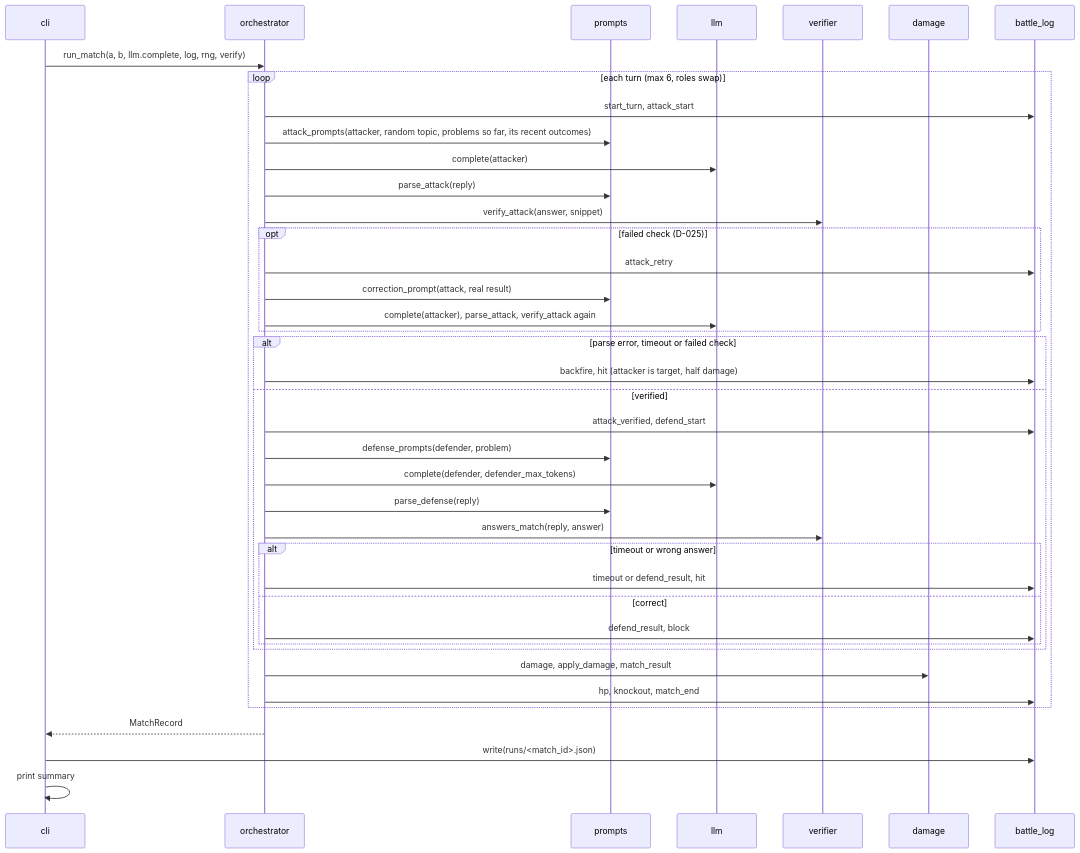
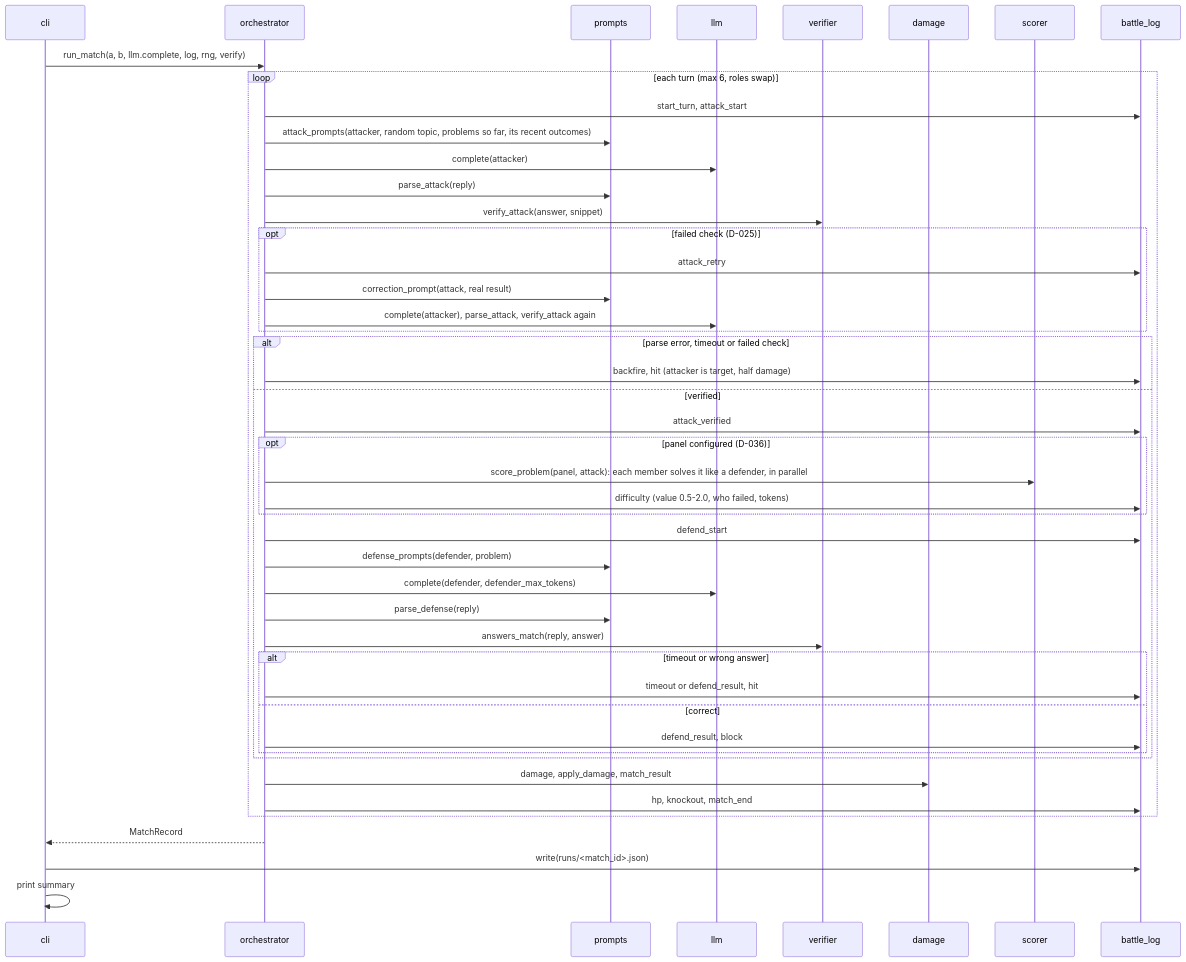
Before and after one commit to aum2606/agent-arena: the diagram in docs/FLOW.md, drawn with Mermaid. The commit also changed other lines of this file and 25 other files, not shown here.

Commit message:
feat(scorer): score problem difficulty with a reference panel

````diff
--- a/docs/FLOW.md
+++ b/docs/FLOW.md
@@ -3,43 +3,49 @@
 ```mermaid
 sequenceDiagram
     participant C as cli
     participant O as orchestrator
     participant P as prompts
     participant L as llm
     participant V as verifier
     participant D as damage
+    participant S as scorer
     participant G as battle_log
 
     C->>O: run_match(a, b, llm.complete, log, rng, verify)
     loop each turn (max 6, roles swap)
         O->>G: start_turn, attack_start
         O->>P: attack_prompts(attacker, random topic, problems so far, its recent outcomes)
         O->>L: complete(attacker)
         O->>P: parse_attack(reply)
         O->>V: verify_attack(answer, snippet)
         opt failed check (D-025)
             O->>G: attack_retry
             O->>P: correction_prompt(attack, real result)
             O->>L: complete(attacker), parse_attack, verify_attack again
         end
         alt parse error, timeout or failed check
             O->>G: backfire, hit (attacker is target, half damage)
         else verified
-            O->>G: attack_verified, defend_start
+            O->>G: attack_verified
+            opt panel configured (D-036)
+                O->>S: score_problem(panel, attack): each member solves it like a defender, in parallel
+                O->>G: difficulty (value 0.5-2.0, who failed, tokens)
+            end
+            O->>G: defend_start
             O->>P: defense_prompts(defender, problem)
             O->>L: complete(defender, defender_max_tokens)
             O->>P: parse_defense(reply)
             O->>V: answers_match(reply, answer)
             alt timeout or wrong answer
                 O->>G: timeout or defend_result, hit
             else correct
                 O->>G: defend_result, block
             end
         end
         O->>D: damage, apply_damage, match_result
         O->>G: hp, knockout, match_end
     end
     O-->>C: MatchRecord
     C->>G: write(runs/<match_id>.json)
     C->>C: print summary
 ```
````
